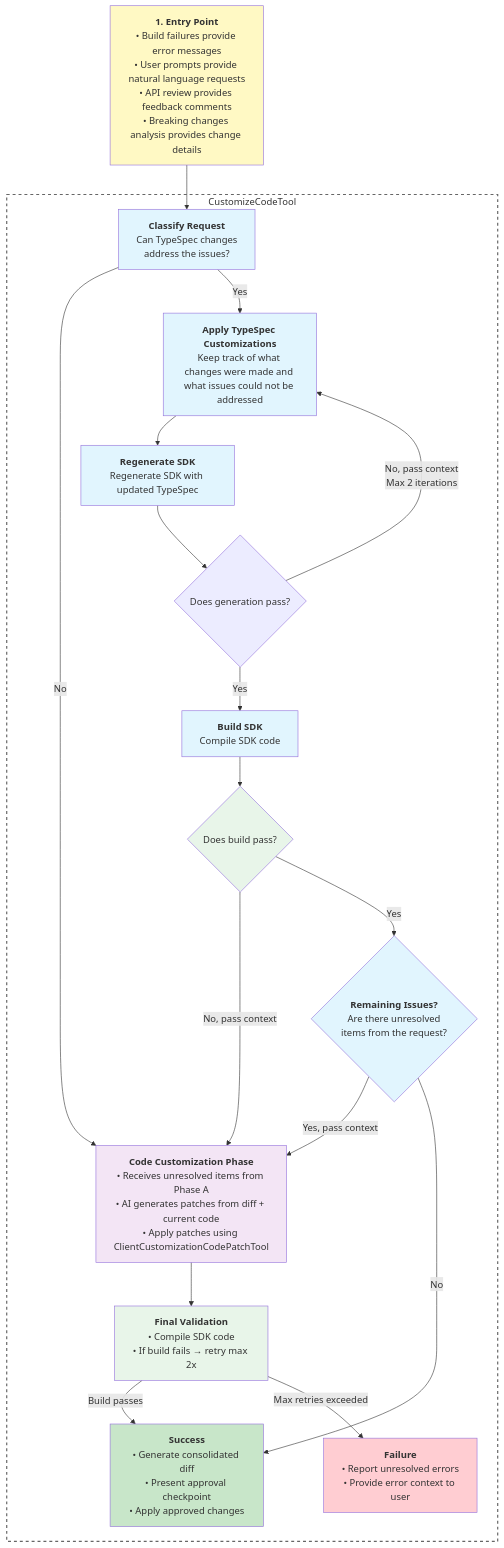
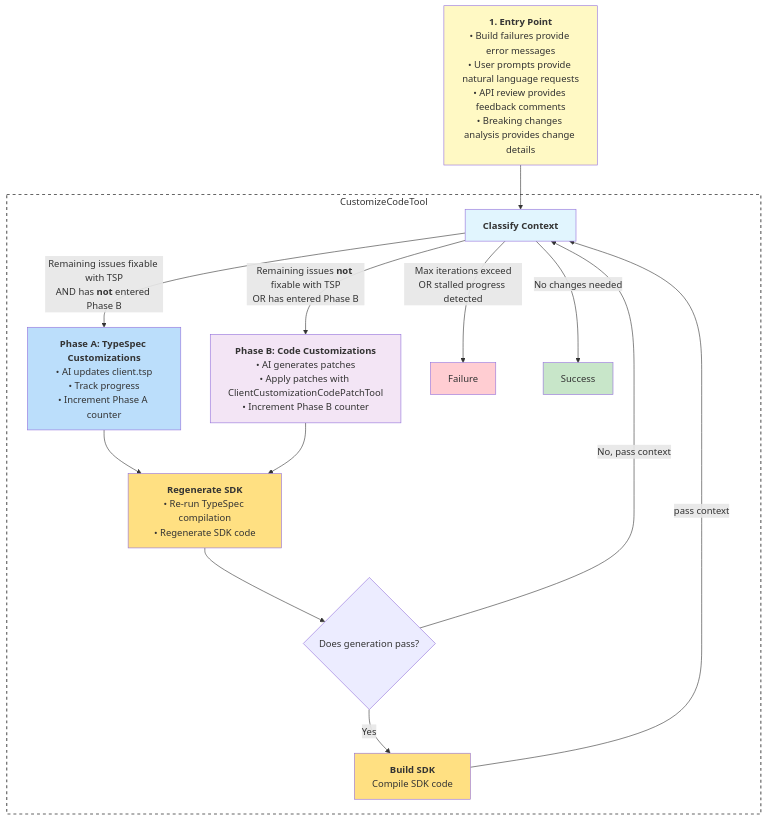
The second of 2 diagrams in tools/azsdk-cli/docs/specs/3-customizing-client-tsp.spec.md (Azure/azure-sdk-tools), drawn with Mermaid before and after one commit. The commit also changed other lines of this file, not shown here.

Commit message:
update workflow diagram, add context tracking and classifier sections to proposal

````diff
--- a/tools/azsdk-cli/docs/specs/3-customizing-client-tsp.spec.md
+++ b/tools/azsdk-cli/docs/specs/3-customizing-client-tsp.spec.md
@@ -260,50 +267,35 @@
 ```mermaid
 flowchart TD
     Entry[<b>1. Entry Point</b><br/>• Build failures provide error messages<br/>• User prompts provide natural language requests<br/>• API review provides feedback comments<br/>• Breaking changes analysis provides change details]
 
     Entry --> Classify
 
     subgraph Tool [CustomizeCodeTool]
-        Classify[<b>Classify Request</b><br/>Can TypeSpec changes<br/>address the issues?]
+        Classify[<b>Classify Context</b><br/>]
+        Classify --> |Remaining issues fixable with TSP<br/>AND has <b>not</b> entered Phase B|PhaseA[<b>Phase A: TypeSpec Customizations</b><br/>• AI updates client.tsp<br/>• Track progress<br/>• Increment Phase A counter]
+        Classify --> |Remaining issues <b>not</b> fixable with TSP<br/>OR has entered Phase B| PhaseB[<b>Phase B: Code Customizations</b><br/>• AI generates patches<br/>• Apply patches with ClientCustomizationCodePatchTool<br/>• Increment Phase B counter]
+        Classify --> |Max iterations exceed<br/>OR stalled progress detected| Failure
+        Classify --> |No changes needed| Success
 
-        Classify -->|No| PhaseB
+        PhaseA --> RegenSDK[<b>Regenerate SDK</b><br/>• Re-run TypeSpec compilation<br/>• Regenerate SDK code<br/>]
+        PhaseB -->RegenSDK
 
-        Classify -->|Yes| ApplyTsp[<b>Apply TypeSpec Customizations</b><br/>Keep track of what changes were made and what issues could not be addressed]
+        RegenSDK --> ValidateRegen{Does generation pass?}
+        ValidateRegen --> |No, pass context| Classify
+        ValidateRegen --> |Yes| BuildSDK[<b>Build SDK</b><br/>Compile SDK code<br/>]
 
-        ApplyTsp --> RegenSDK[<b>Regenerate SDK</b><br/>Regenerate SDK with updated TypeSpec]
+        BuildSDK --> |pass context| Classify
 
-        RegenSDK --> RegenValidate{Does generation pass?}
-
-        RegenValidate -->|No, pass context<br/>Max 2 iterations| ApplyTsp
-
-        RegenValidate -->|Yes| BuildSDK[<b>Build SDK</b><br/>Compile SDK code]
-
-        BuildSDK --> ValidateA{Does build pass?}
-
-        ValidateA -->|No, pass context| PhaseB
-
-        ValidateA -->|Yes| RemainingIssues{<b>Remaining Issues?</b><br/>Are there unresolved<br/>items from the request?}
-
-        RemainingIssues -->|Yes, pass context| PhaseB[<b>Code Customization Phase</b><br/>• Receives unresolved items from Phase A<br/>• AI generates patches from diff + current code<br/>• Apply patches using ClientCustomizationCodePatchTool]
-
-        RemainingIssues -->|No| Success[<b>Success</b><br/>• Generate consolidated diff<br/>• Present approval checkpoint<br/>• Apply approved changes]
-
-        PhaseB --> ValidateB[<b>Final Validation</b><br/>• Compile SDK code<br/>• If build fails → retry max 2x]
-
-        ValidateB -->|Build passes| Success
-        ValidateB -->|Max retries exceeded| Failure[<b>Failure</b><br/>• Report unresolved errors<br/>• Provide error context to user]
     end
 
     style Entry fill:#fff9c4
     style Classify fill:#e1f5fe
-    style ApplyTsp fill:#e1f5fe
-    style RegenSDK fill:#e1f5fe
-    style BuildSDK fill:#e1f5fe
-    style ValidateA fill:#e8f5e9
-    style RemainingIssues fill:#e1f5fe
+    style PhaseA fill:#bbdefb
     style PhaseB fill:#f3e5f5
-    style ValidateB fill:#e8f5e9
     style Success fill:#c8e6c9
     style Failure fill:#ffcdd2
+    style RegenSDK fill:#ffe082
+    style RegenSDK fill:#ffe082
+    style BuildSDK fill:#ffe082
     style Tool fill:none,stroke:#666,stroke-width:2px,stroke-dasharray: 5 5
 ```
````
